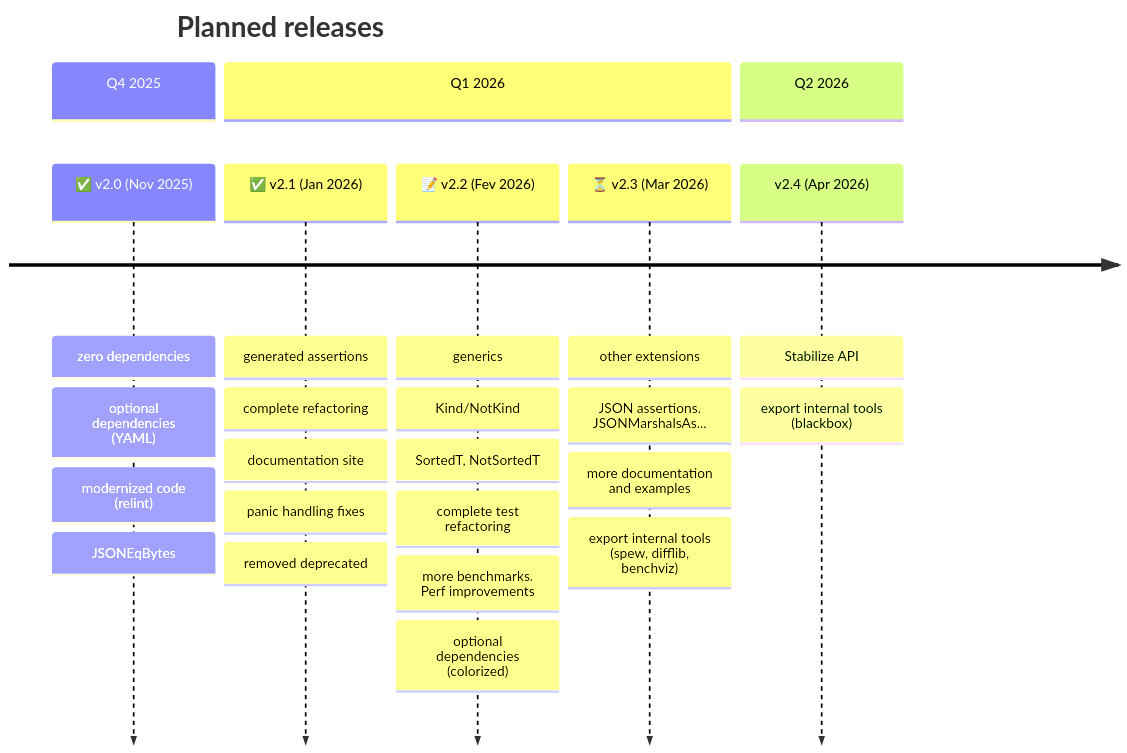
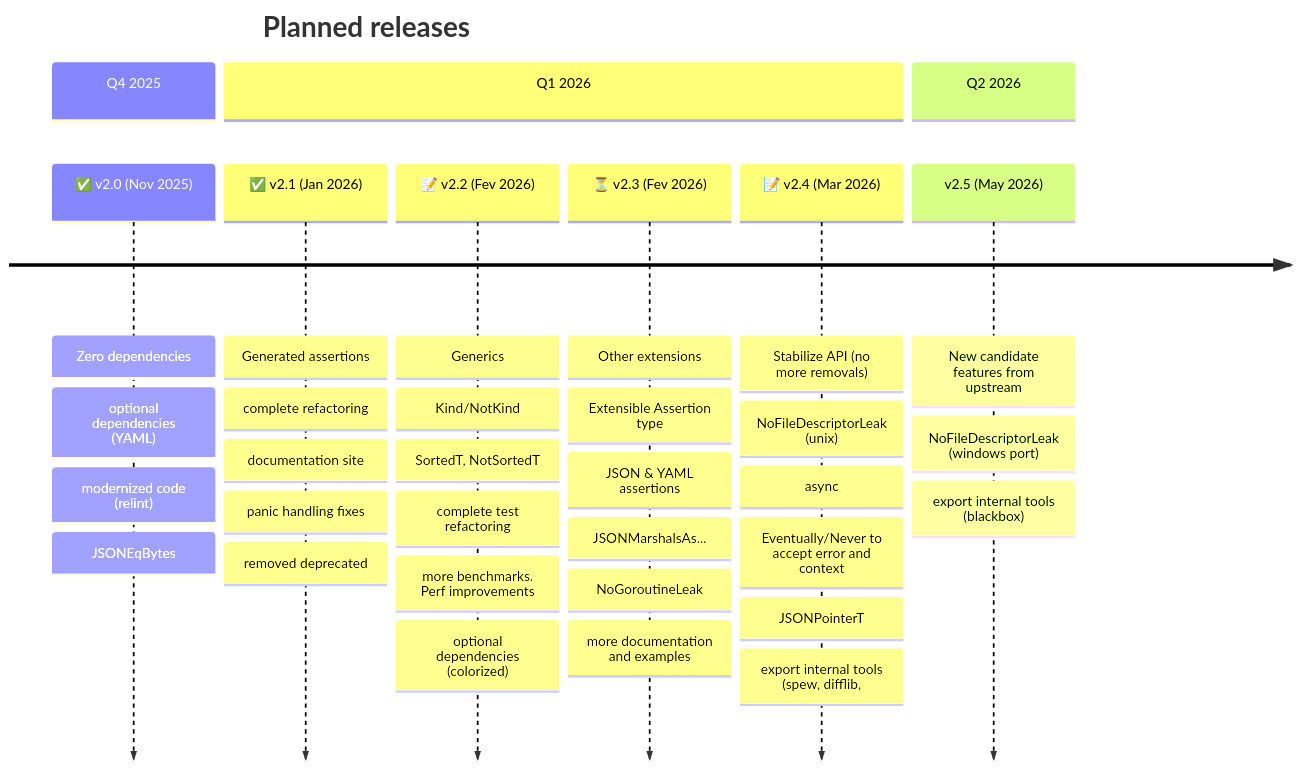
One commit to go-openapi/testify changed the diagram in docs/doc-site/project/maintainers/ROADMAP.md. Above: the diagram before and after it, drawn with Mermaid. The commit also changed other lines of this file and 12 other files, not shown here.

```diff
--- a/docs/doc-site/project/maintainers/ROADMAP.md
+++ b/docs/doc-site/project/maintainers/ROADMAP.md
@@ -9,28 +9,35 @@
 {{< mermaid align="center" zoom="true" >}}
 timeline
     title Planned releases
     section Q4 2025
-    ✅ v2.0 (Nov 2025) : zero dependencies
+    ✅ v2.0 (Nov 2025) : Zero dependencies
                     : optional dependencies (YAML)
                     : modernized code (relint)
                     : JSONEqBytes
     section Q1 2026
-    ✅ v2.1 (Jan 2026) : generated assertions
+    ✅ v2.1 (Jan 2026) : Generated assertions
                     : complete refactoring
                     : documentation site
                     : panic handling fixes
                     : removed deprecated
-    📝 v2.2 (Fev 2026) : generics
+    📝 v2.2 (Fev 2026) : Generics
                     : Kind/NotKind
                     : SortedT, NotSortedT
                     : complete test refactoring
                     : more benchmarks. Perf improvements
                     : optional dependencies (colorized)
-    ⏳ v2.3 (Mar 2026) : other extensions
-                    : JSON assertions. JSONMarshalsAs...
+    ⏳ v2.3 (Fev 2026) : Other extensions
+                    : Extensible Assertion type
+                    : JSON & YAML assertions: JSONMarshalsAs...
+                    : NoGoroutineLeak
                     : more documentation and examples
-                    : export internal tools (spew, difflib, benchviz)
+    📝 v2.4 (Mar 2026) : Stabilize API (no more removals)
+                    : NoFileDescriptorLeak (unix)
+                    : async: Eventually/Never to accept error and context
+                    : JSONPointerT
+                    : export internal tools (spew, difflib,
     section Q2 2026
-    v2.4 (Apr 2026) : Stabilize API
+    v2.5 (May 2026) : New candidate features from upstream
+                    : NoFileDescriptorLeak (windows port)
                     : export internal tools (blackbox)
 {{< /mermaid >}}
```
